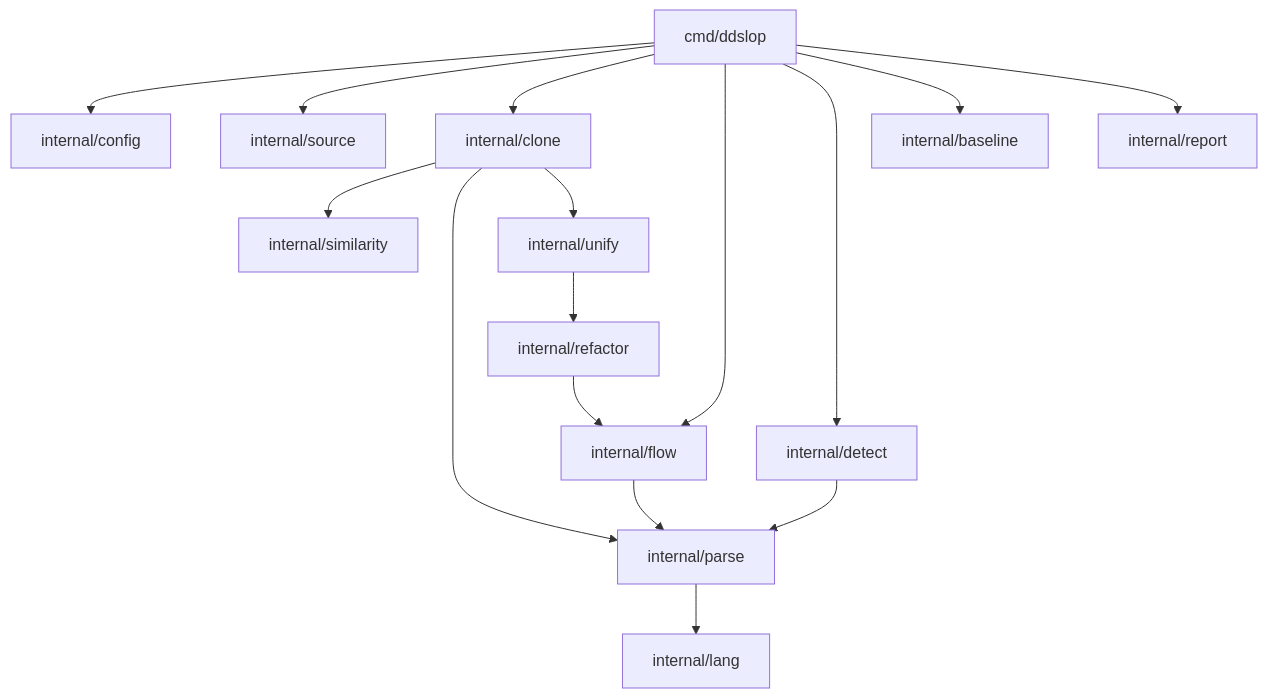
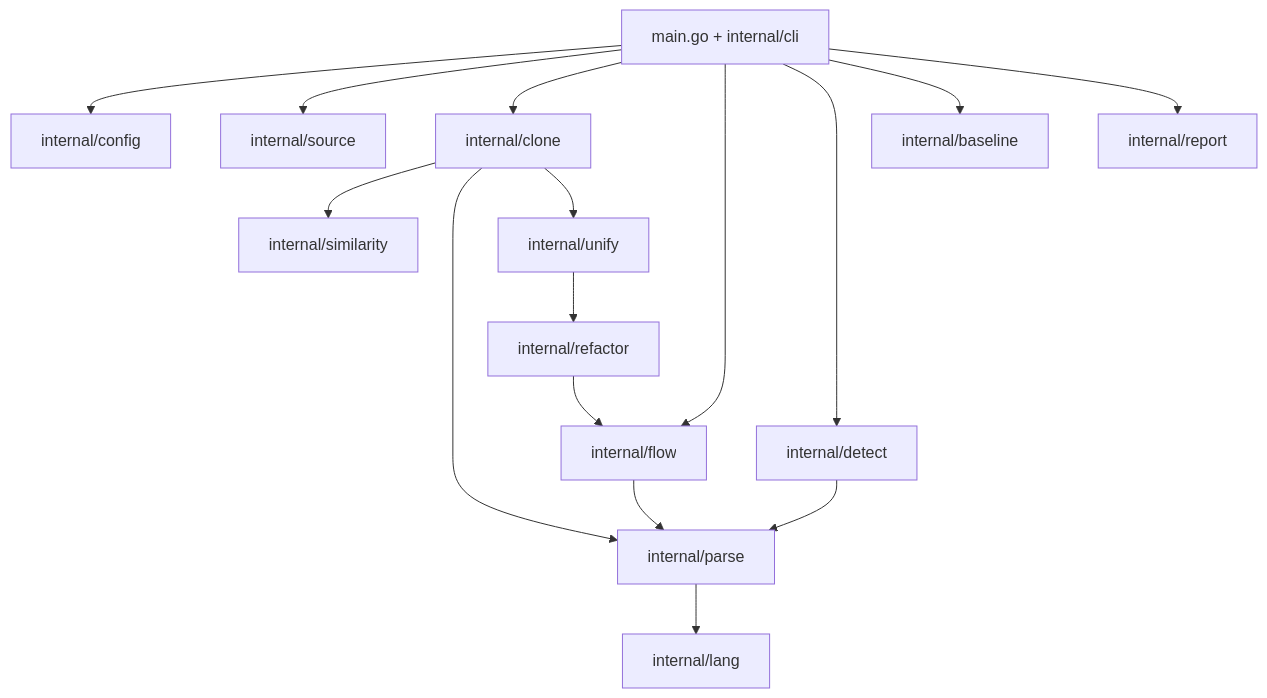
One commit to heikki-laitala/ddslop changed the ninth of 9 diagrams in docs/architecture.md. Above: the diagram before and after it, drawn with Mermaid. The commit also changed other lines of this file, not shown here.

First line of the commit message:
docs: sync architecture with the first Rust implementation

````diff
--- a/docs/architecture.md
+++ b/docs/architecture.md
@@ -908,18 +935,18 @@
 ```mermaid
 flowchart TB
-    cmd[cmd/ddslop] --> config[internal/config]
+    cmd[main.go + internal/cli] --> config[internal/config]
     cmd --> source[internal/source]
     cmd --> clone[internal/clone]
     cmd --> flowpkg[internal/flow]
     cmd --> detect[internal/detect]
     cmd --> baseline[internal/baseline]
     cmd --> report[internal/report]
     clone --> similarity[internal/similarity]
     clone --> parse[internal/parse]
     clone --> unify[internal/unify]
     unify --> refactor[internal/refactor]
     detect --> parse
     flowpkg --> parse
     refactor --> flowpkg
     parse --> lang[internal/lang]
 ```
````
